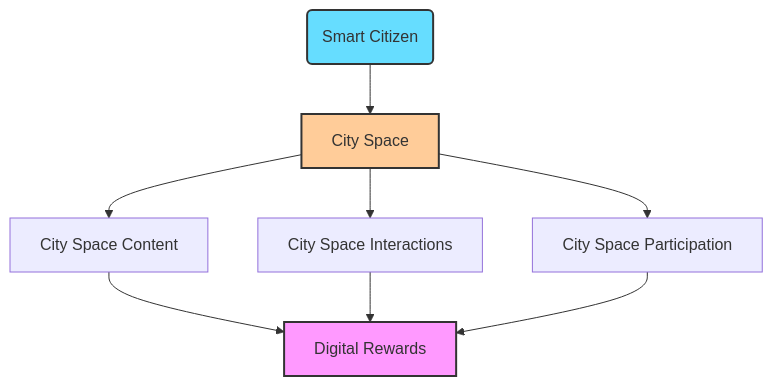
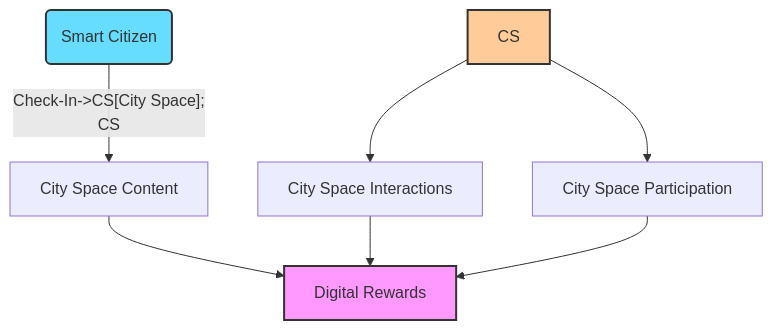
Before and after one commit to cityos-work/cityos-dev: the diagram in pages/elements/city-spaces.md, drawn with Mermaid.

````diff
--- a/pages/elements/city-spaces.md
+++ b/pages/elements/city-spaces.md
@@ -16,13 +16,13 @@
 ```mermaid
 graph TD;
-    U(Smart Citizen)-->CS[City Space];
+    U(Smart Citizen)--Check-In->CS[City Space];
     CS-->CSC[City Space Content];
     CS-->CSI[City Space Interactions];
     CS-->CSP[City Space Participation];
     CSC-->DR[Digital Rewards];
     CSI-->DR;
     CSP-->DR;
     style U fill:#6df,stroke:#333,stroke-width:2px
     style CS fill:#fc9,stroke:#333,stroke-width:2px
     style DR fill:#f9f,stroke:#333,stroke-width:2px
 ```
````
